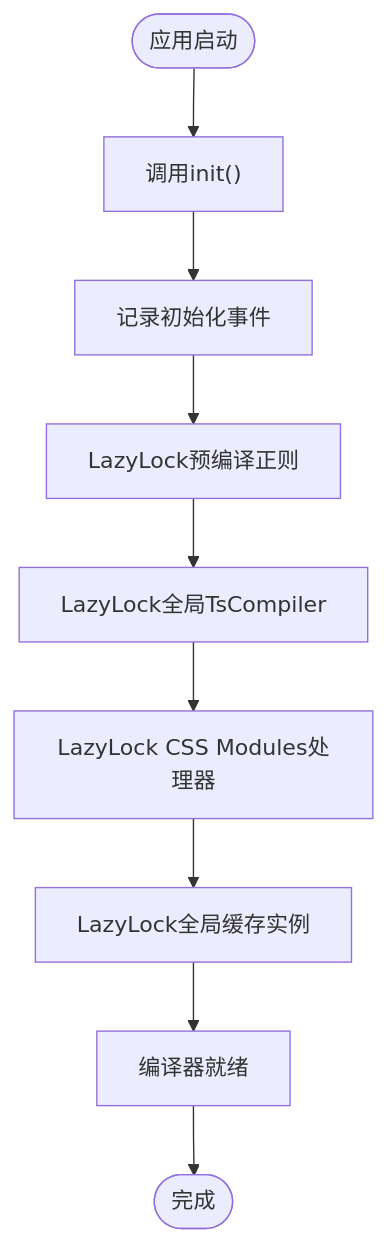
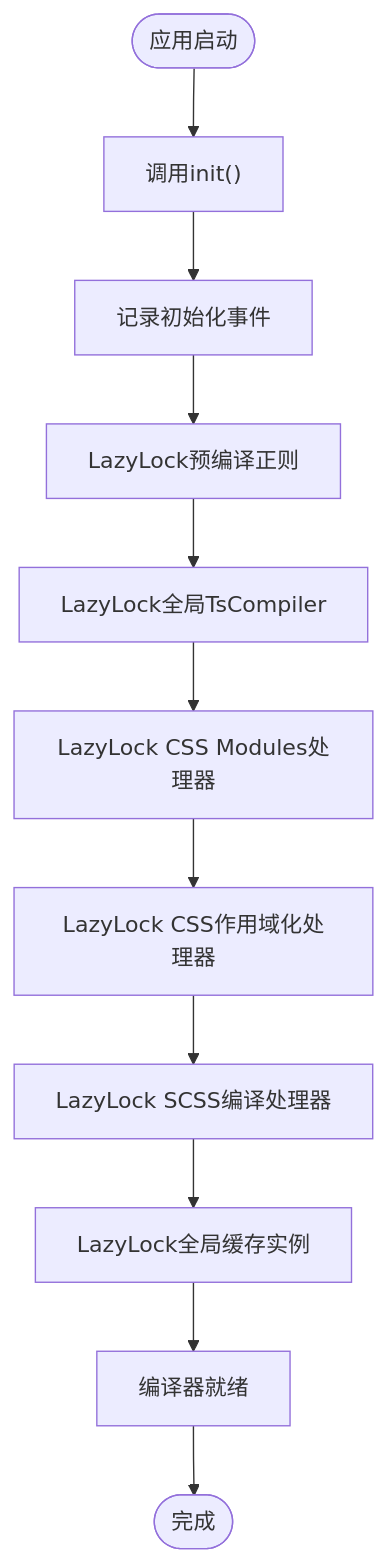
Before and after one commit to itszzl-sudo/iris: diagram 11 of 27 in .qoder/repowiki/zh/content/技术架构详解/即时转译系统/SFC编译器初始化机制/SFC编译器初始化机制.md, drawn with Mermaid. The commit also changed other lines of this file and 10 other files, not shown here.

````diff
--- a/.qoder/repowiki/zh/content/技术架构详解/即时转译系统/SFC编译器初始化机制/SFC编译器初始化机制.md
+++ b/.qoder/repowiki/zh/content/技术架构详解/即时转译系统/SFC编译器初始化机制/SFC编译器初始化机制.md
@@ -515,11 +550,13 @@
 ```mermaid
 flowchart TD
 Start([应用启动]) --> CallInit["调用init()"]
 CallInit --> LogInit["记录初始化事件"]
 LogInit --> LazyRegex["LazyLock预编译正则"]
 LazyRegex --> GlobalTsCompiler["LazyLock全局TsCompiler"]
 GlobalTsCompiler --> CssModules["LazyLock CSS Modules处理器"]
-CssModules --> GlobalCache["LazyLock全局缓存实例"]
+CssModules --> ScopedCss["LazyLock CSS作用域化处理器"]
+ScopedCss --> ScssProcessor["LazyLock SCSS编译处理器"]
+ScssProcessor --> GlobalCache["LazyLock全局缓存实例"]
 GlobalCache --> Ready["编译器就绪"]
 Ready --> End([完成])
 ```
````
